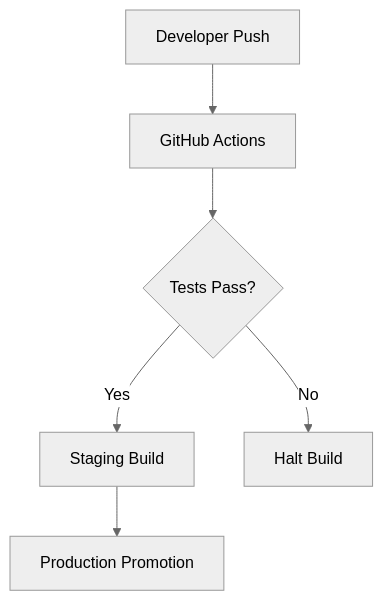
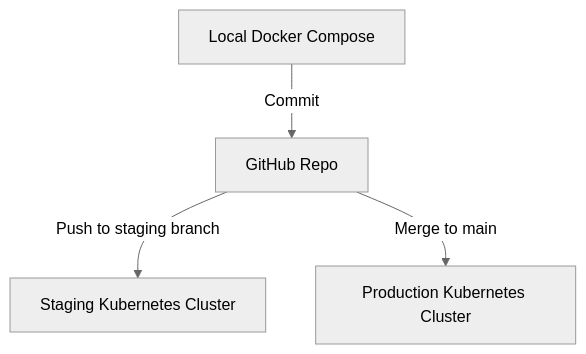
One commit to EL-STRIX/Finzo changed the first of 2 diagrams in docs/01-Architecture/Deployment-Architecture.md. Above: the diagram before and after it, drawn with Mermaid (neutral theme). The commit also changed other lines of this file and 31 other files, not shown here.

First line of the commit message:
docs(Architecture): Phase 9 Deployment Architecture Documentation

````diff
--- a/docs/01-Architecture/Deployment-Architecture.md
+++ b/docs/01-Architecture/Deployment-Architecture.md
@@ -37,8 +83,6 @@
 ```mermaid
 graph TD
-    A[Developer Push] --> B[GitHub Actions]
-    B --> C{Tests Pass?}
-    C -->|Yes| D[Staging Build]
-    D --> E[Production Promotion]
-    C -->|No| F[Halt Build]
+    Dev[Local Docker Compose] -->|Commit| Git[GitHub Repo]
+    Git -->|Push to staging branch| Staging[Staging Kubernetes Cluster]
+    Git -->|Merge to main| Prod[Production Kubernetes Cluster]
 ```
````
